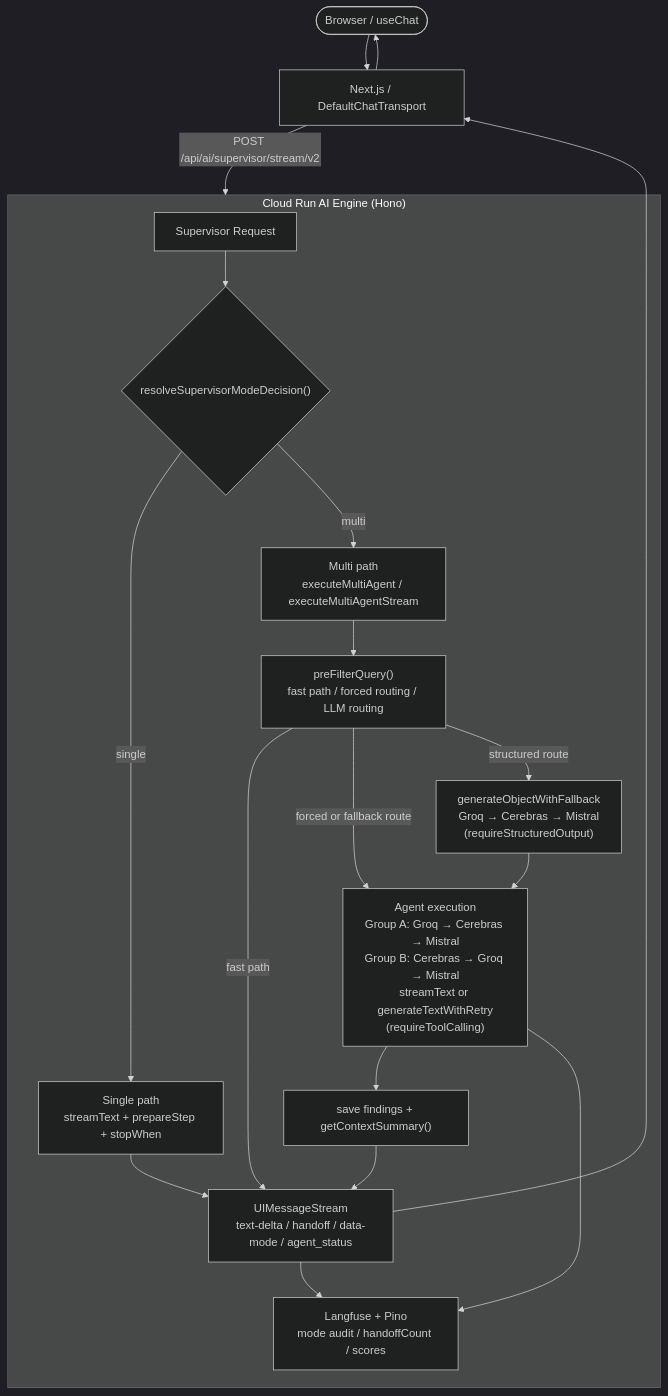
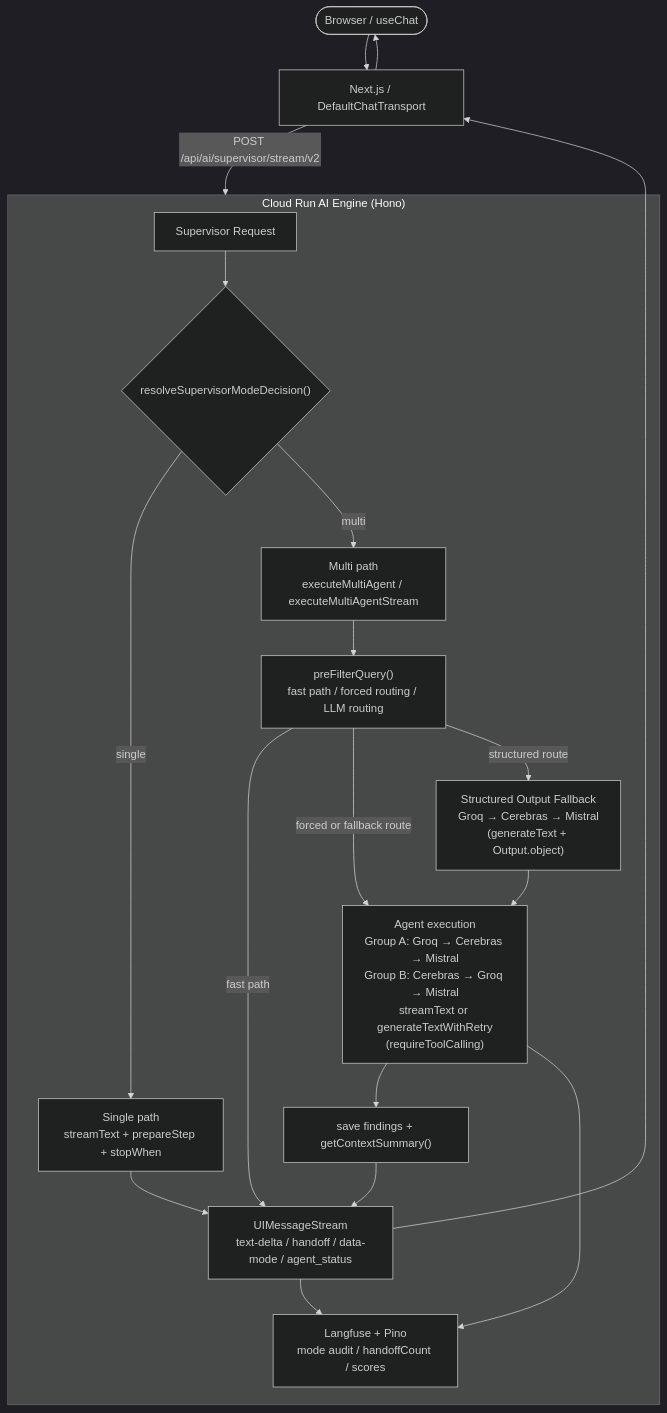
The first of 2 diagrams in docs/reference/architecture/ai/ai-engine-architecture.md (skyasu2/openmanager-ai), drawn with Mermaid (dark theme) before and after one commit. The commit also changed other lines of this file and 23 other files, not shown here.

Commit message:
refactor(ai): migrate structured output to sdk v6

````diff
--- a/docs/reference/architecture/ai/ai-engine-architecture.md
+++ b/docs/reference/architecture/ai/ai-engine-architecture.md
@@ -115,34 +115,34 @@
 ```mermaid
 flowchart TB
     User([Browser / useChat]) --> Vercel["Next.js / DefaultChatTransport"]
     Vercel -->|POST /api/ai/supervisor/stream/v2| CR
 
     subgraph CR["Cloud Run AI Engine (Hono)"]
         Entry["Supervisor Request"]
         Mode{"resolveSupervisorModeDecision()"}
         Single["Single path\nstreamText + prepareStep + stopWhen"]
         Multi["Multi path\nexecuteMultiAgent / executeMultiAgentStream"]
         Prefilter["preFilterQuery()\nfast path / forced routing / LLM routing"]
-        Route["generateObjectWithFallback\nGroq → Cerebras → Mistral\n(requireStructuredOutput)"]
+        Route["Structured Output Fallback\nGroq → Cerebras → Mistral\n(generateText + Output.object)"]
         Agent["Agent execution\nGroup A: Groq → Cerebras → Mistral\nGroup B: Cerebras → Groq → Mistral\nstreamText or generateTextWithRetry\n(requireToolCalling)"]
         Context["save findings + getContextSummary()"]
         Stream["UIMessageStream\ntext-delta / handoff / data-mode / agent_status"]
         Trace["Langfuse + Pino\nmode audit / handoffCount / scores"]
 
         Entry --> Mode
         Mode -->|single| Single
         Mode -->|multi| Multi
         Multi --> Prefilter
         Prefilter -->|fast path| Stream
         Prefilter -->|forced or fallback route| Agent
         Prefilter -->|structured route| Route
         Route --> Agent
         Agent --> Context
         Context --> Stream
         Single --> Stream
         Stream --> Trace
         Agent --> Trace
     end
 
     Stream --> Vercel --> User
 ```
````
